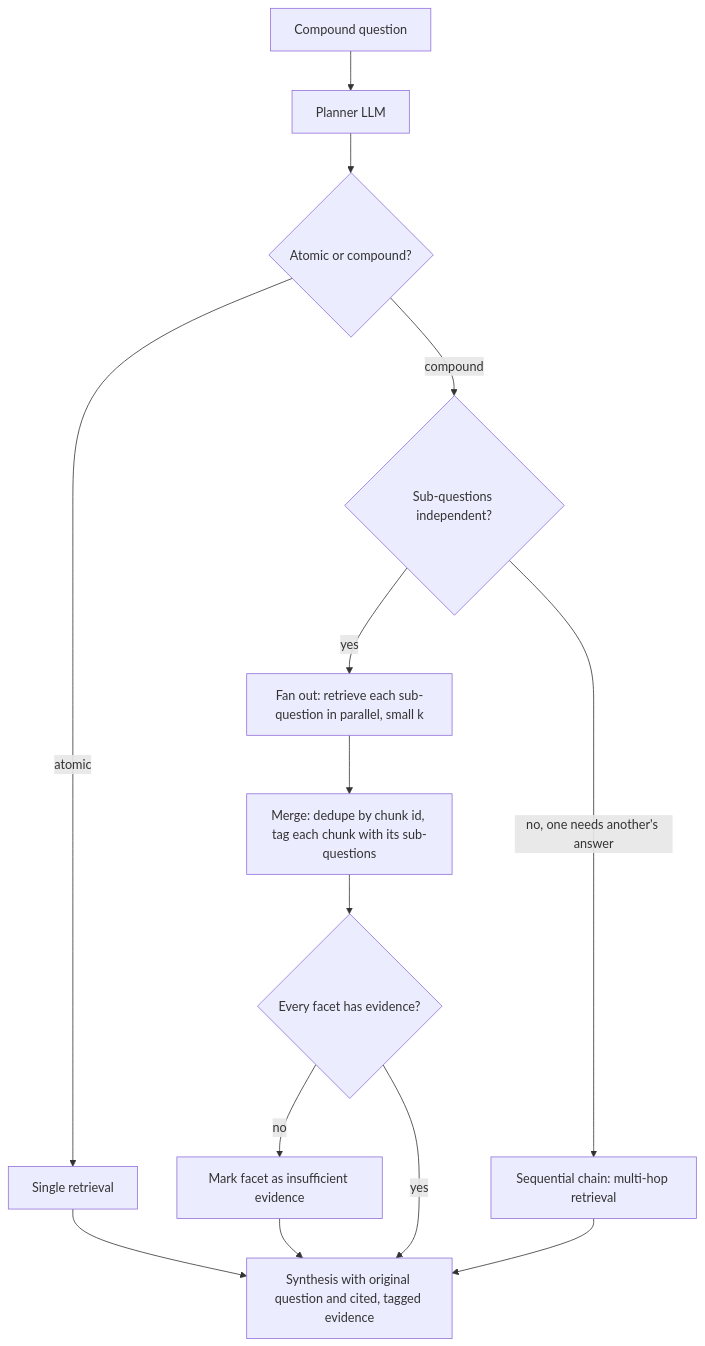
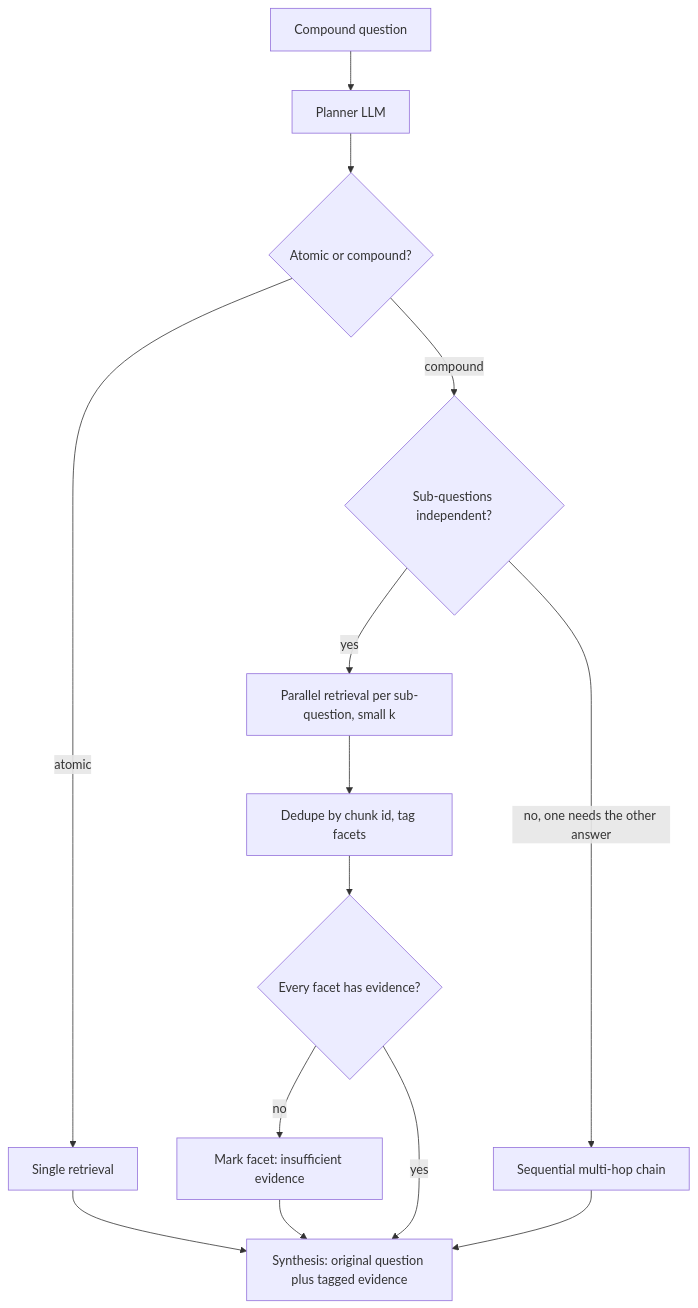
The diagram in content/rag-retrieval/query-decomposition.md (lovishmahajan97/agentic-learning), drawn with Mermaid before and after one commit. The commit also changed other lines of this file and 278 other files, not shown here.

````diff
--- a/content/rag-retrieval/query-decomposition.md
+++ b/content/rag-retrieval/query-decomposition.md
@@ -104,16 +105,16 @@
 ```mermaid
 flowchart TD
     Q["Compound question"] --> PL["Planner LLM"]
     PL --> A{"Atomic or compound?"}
     A -->|"atomic"| S["Single retrieval"]
     A -->|"compound"| D{"Sub-questions independent?"}
-    D -->|"yes"| F["Fan out: retrieve each sub-question in parallel, small k"]
-    D -->|"no, one needs another's answer"| MH["Sequential chain: multi-hop retrieval"]
-    F --> M["Merge: dedupe by chunk id, tag each chunk with its sub-questions"]
+    D -->|"yes"| F["Parallel retrieval per sub-question, small k"]
+    D -->|"no, one needs the other answer"| MH["Sequential multi-hop chain"]
+    F --> M["Dedupe by chunk id, tag facets"]
     M --> E{"Every facet has evidence?"}
-    E -->|"no"| N["Mark facet as insufficient evidence"]
-    E -->|"yes"| SY["Synthesis with original question and cited, tagged evidence"]
+    E -->|"no"| N["Mark facet: insufficient evidence"]
+    E -->|"yes"| SY["Synthesis: original question plus tagged evidence"]
     N --> SY
     S --> SY
     MH --> SY
 ```
````
